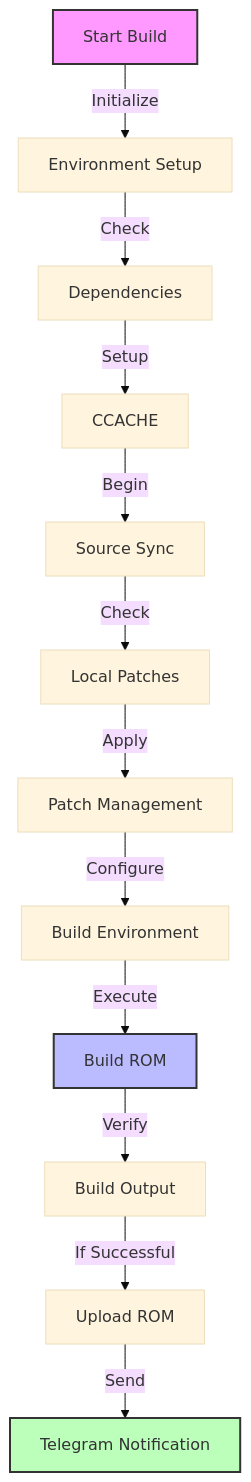
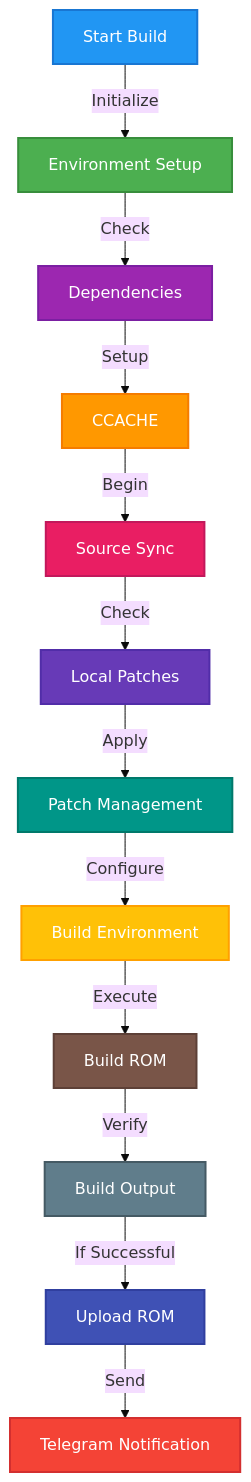
The diagram in README.md (thunderkex/romcraft), drawn with Mermaid (base theme) before and after one commit.

Commit message:
Update build process diagram in README.md with improved styling and formatting

````diff
--- a/README.md
+++ b/README.md
@@ -57,18 +57,27 @@
 ```mermaid
-graph TD;
-    A[Start Build] -->|Initialize| B[Environment Setup];
-    B -->|Check| C[Dependencies];
-    C -->|Setup| D[CCACHE];
-    D -->|Begin| E[Source Sync];
-    E -->|Check| F[Local Patches];
-    F -->|Apply| G[Patch Management];
-    G -->|Configure| H[Build Environment];
-    H -->|Execute| I[Build ROM];
-    I -->|Verify| J[Build Output];
-    J -->|If Successful| K[Upload ROM];
-    K -->|Send| L[Telegram Notification];
+flowchart TD
+   A[Start Build] -->|Initialize| B[Environment Setup]
+   B -->|Check| C[Dependencies]
+   C -->|Setup| D[CCACHE]
+   D -->|Begin| E[Source Sync]
+   E -->|Check| F[Local Patches]
+   F -->|Apply| G[Patch Management]
+   G -->|Configure| H[Build Environment]
+   H -->|Execute| I[Build ROM]
+   I -->|Verify| J[Build Output]
+   J -->|If Successful| K[Upload ROM]
+   K -->|Send| L[Telegram Notification]
 
-    style A fill:#f9f,stroke:#333,stroke-width:2px;
-    style I fill:#bbf,stroke:#333,stroke-width:2px;
-    style L fill:#bfb,stroke:#333,stroke-width:2px;
+   style A fill:#2196F3,stroke:#1976D2,stroke-width:2px,color:#fff
+   style B fill:#4CAF50,stroke:#388E3C,stroke-width:2px,color:#fff
+   style C fill:#9C27B0,stroke:#7B1FA2,stroke-width:2px,color:#fff
+   style D fill:#FF9800,stroke:#F57C00,stroke-width:2px,color:#fff
+   style E fill:#E91E63,stroke:#C2185B,stroke-width:2px,color:#fff
+   style F fill:#673AB7,stroke:#512DA8,stroke-width:2px,color:#fff
+   style G fill:#009688,stroke:#00796B,stroke-width:2px,color:#fff
+   style H fill:#FFC107,stroke:#FFA000,stroke-width:2px,color:#fff
+   style I fill:#795548,stroke:#5D4037,stroke-width:2px,color:#fff
+   style J fill:#607D8B,stroke:#455A64,stroke-width:2px,color:#fff
+   style K fill:#3F51B5,stroke:#303F9F,stroke-width:2px,color:#fff
+   style L fill:#F44336,stroke:#D32F2F,stroke-width:2px,color:#fff
 ```
````
